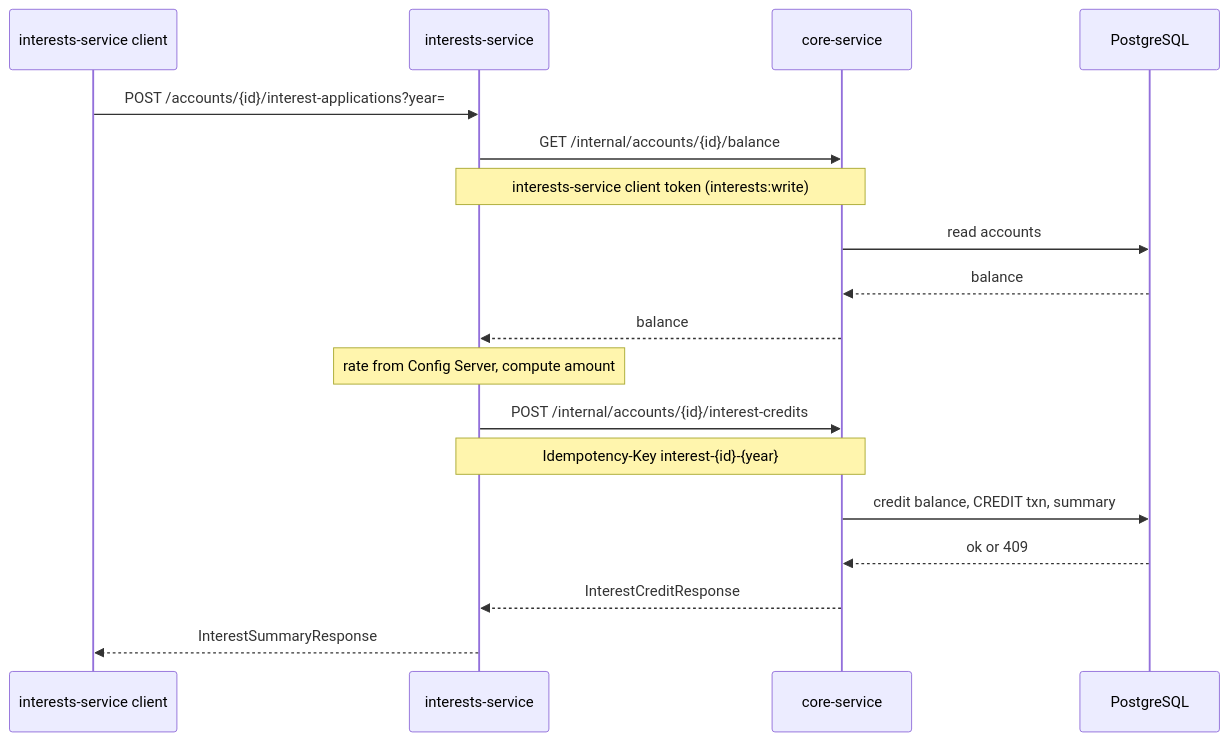
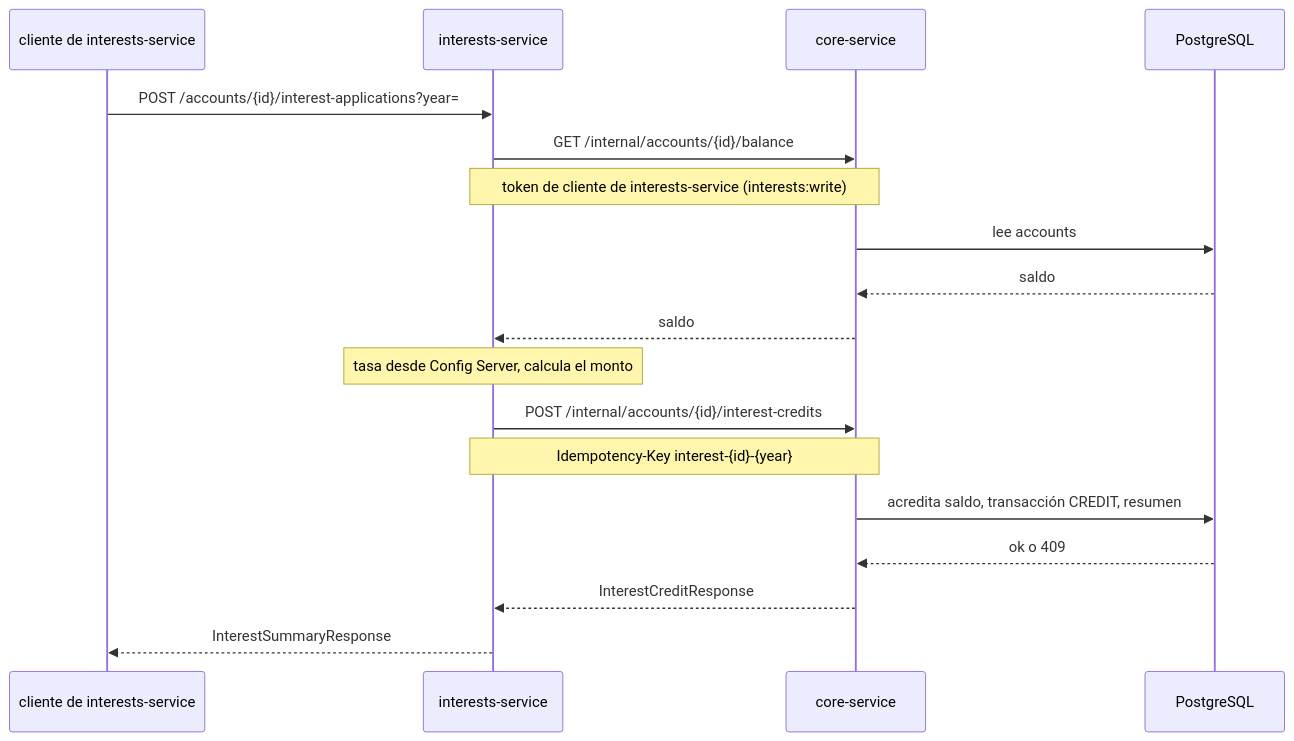
Before and after one commit to gustavoduocuc/xyz_bank_server: the third of 5 diagrams in docs/architecture.md, drawn with Mermaid. The commit also changed other lines of this file and 4 other files, not shown here.

Commit message:
docs: translate architecture and AWS docs to Spanish

````diff
--- a/docs/architecture.md
+++ b/docs/architecture.md
@@ -190,21 +190,21 @@
 ```mermaid
 sequenceDiagram
-  participant Caller as interests-service client
+  participant Caller as cliente de interests-service
   participant Interests as interests-service
   participant Core as core-service
   participant Db as PostgreSQL
 
   Caller->>Interests: POST /accounts/{id}/interest-applications?year=
   Interests->>Core: GET /internal/accounts/{id}/balance
-  Note over Interests,Core: interests-service client token (interests:write)
-  Core->>Db: read accounts
-  Db-->>Core: balance
-  Core-->>Interests: balance
-  Note over Interests: rate from Config Server, compute amount
+  Note over Interests,Core: token de cliente de interests-service (interests:write)
+  Core->>Db: lee accounts
+  Db-->>Core: saldo
+  Core-->>Interests: saldo
+  Note over Interests: tasa desde Config Server, calcula el monto
   Interests->>Core: POST /internal/accounts/{id}/interest-credits
   Note over Interests,Core: Idempotency-Key interest-{id}-{year}
-  Core->>Db: credit balance, CREDIT txn, summary
-  Db-->>Core: ok or 409
+  Core->>Db: acredita saldo, transacción CREDIT, resumen
+  Db-->>Core: ok o 409
   Core-->>Interests: InterestCreditResponse
   Interests-->>Caller: InterestSummaryResponse
 ```
````
